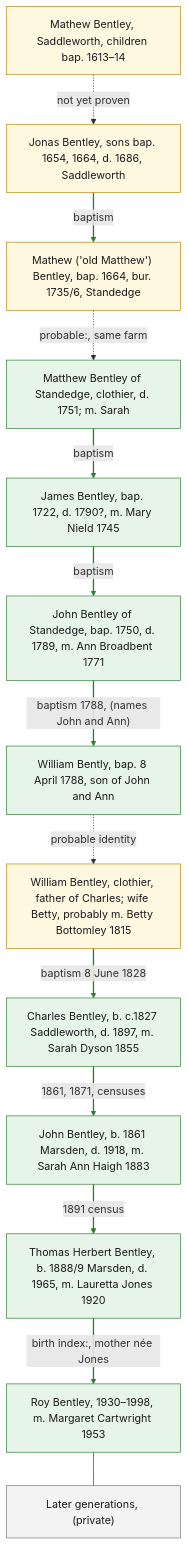
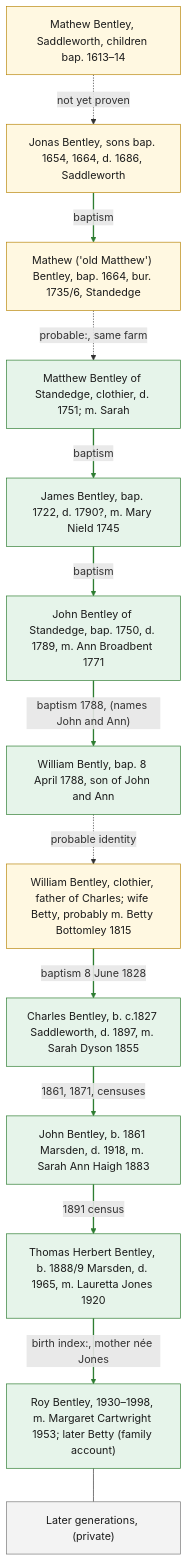
The diagram in family-tree.md (OPISGUY/Bentley-Family-History), drawn with Mermaid before and after one commit. The commit also changed other lines of this file and 19 other files, not shown here.

Commit message:
Correct Roy and Margaret’s later lives from family testimony and document Binn workplaces

````diff
--- a/family-tree.md
+++ b/family-tree.md
@@ -22,35 +22,35 @@
 ```mermaid
 flowchart TD
     classDef found fill:#e6f4ea,stroke:#2e7d32,color:#1b1b1b
     classDef probable fill:#fff8e1,stroke:#b8860b,color:#1b1b1b
     classDef gap fill:#f3f3f3,stroke:#777777,color:#1b1b1b
 
     A1["Mathew Bentley, Saddleworth, children bap. 1613–14"]:::probable
     A2["Jonas Bentley, sons bap. 1654, 1664, d. 1686, Saddleworth"]:::probable
     A3["Mathew ('old Matthew') Bentley, bap. 1664, bur. 1735/6, Standedge"]:::probable
     A4["Matthew Bentley of Standedge, clothier, d. 1751; m. Sarah"]:::found
     A5["James Bentley, bap. 1722, d. 1790?, m. Mary Nield 1745"]:::found
     A6["John Bentley of Standedge, bap. 1750, d. 1789, m. Ann Broadbent 1771"]:::found
     B1["William Bently, bap. 8 April 1788, son of John and Ann"]:::found
     BF["William Bentley, clothier, father of Charles; wife Betty, probably m. Betty Bottomley 1815"]:::probable
     B2["Charles Bentley, b. c.1827 Saddleworth, d. 1897, m. Sarah Dyson 1855"]:::found
     B3["John Bentley, b. 1861 Marsden, d. 1918, m. Sarah Ann Haigh 1883"]:::found
     B4["Thomas Herbert Bentley, b. 1888/9 Marsden, d. 1965, m. Lauretta Jones 1920"]:::found
-    B5["Roy Bentley, 1930–1998, m. Margaret Cartwright 1953"]:::found
+    B5["Roy Bentley, 1930–1998, m. Margaret Cartwright 1953; later Betty (family account)"]:::found
     P["Later generations, (private)"]:::gap
 
     A1 -.->|not yet proven| A2
     A2 -->|baptism| A3
     A3 -.->|"probable:, same farm"| A4
     A4 -->|baptism| A5
     A5 -->|baptism| A6
     A6 -->|"baptism 1788, (names John and Ann)"| B1
     B1 -.->|"probable identity"| BF
     BF -->|"baptism 8 June 1828"| B2
     B2 -->|"1861, 1871, censuses"| B3
     B3 -->|"1891 census"| B4
     B4 -->|"birth index:, mother née Jones"| B5
     B5 --- P
 
     linkStyle 1,3,4,5,7,8,9,10 stroke:#2e7d32,stroke-width:2px
 ```
````
